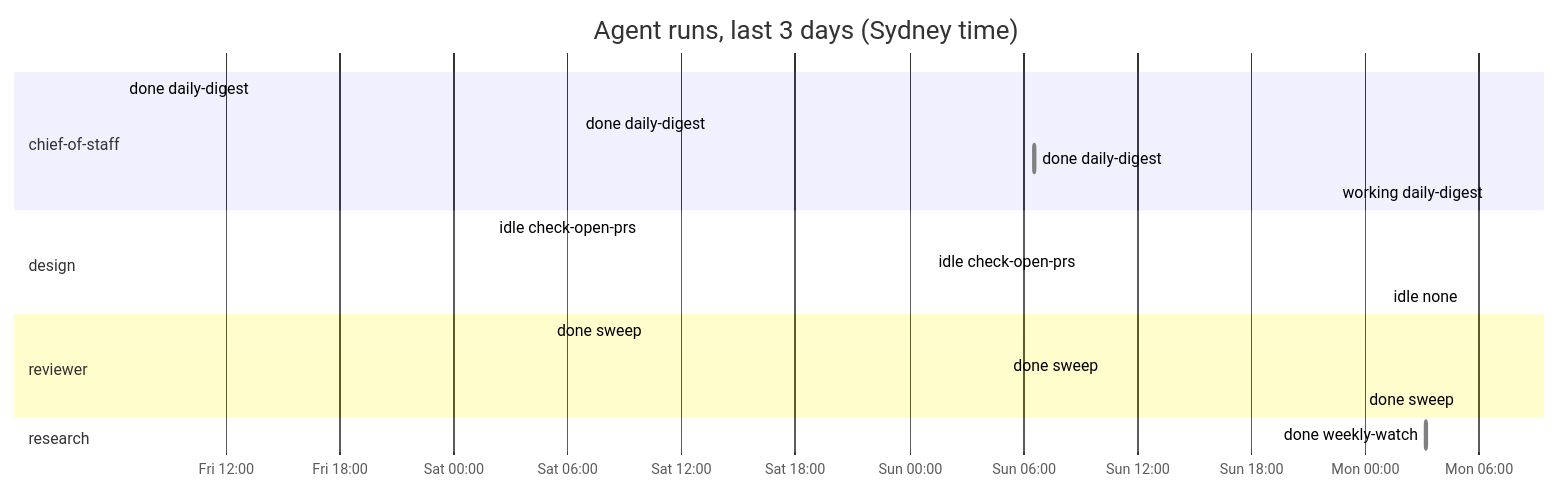
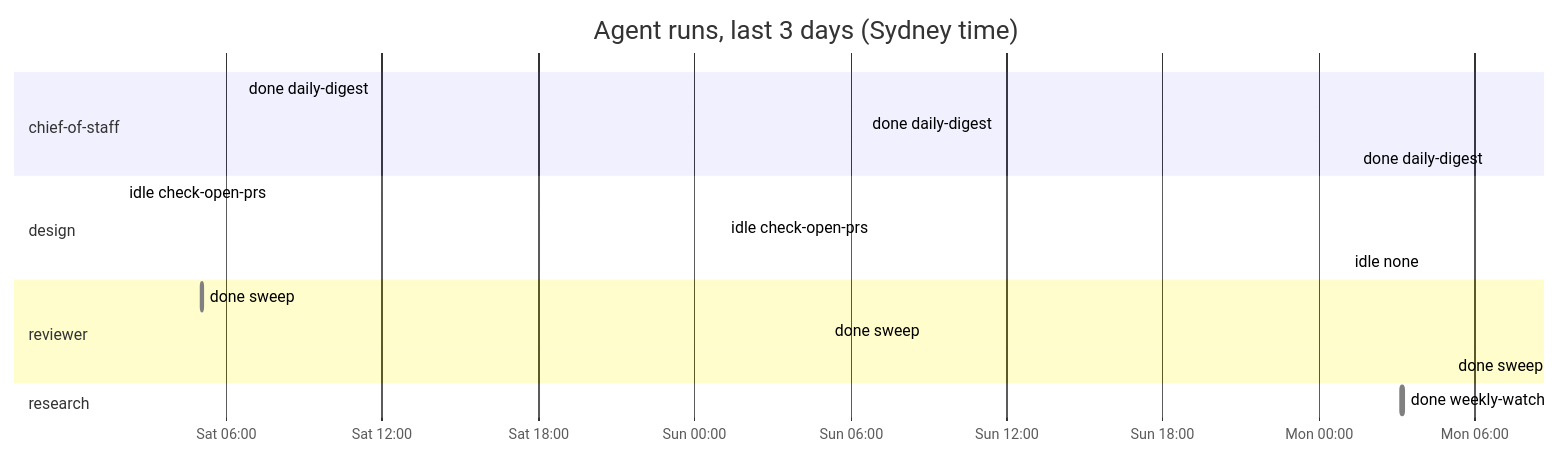
Before and after one commit to roulmediateam-byte/fifteen-expert-hq: the diagram in dashboard.md, drawn with Mermaid. The commit also changed other lines of this file and 1 other file, not shown here.

````diff
--- a/dashboard.md
+++ b/dashboard.md
@@ -42,21 +43,20 @@
 ```mermaid
 gantt
     title Agent runs, last 3 days (Sydney time)
     dateFormat YYYY-MM-DD HH:mm
     axisFormat %a %H:%M
     section chief-of-staff
-    done daily-digest :done, 2026-11-13 06:34, 2026-11-13 06:36
     done daily-digest :done, 2026-11-14 06:35, 2026-11-14 06:36
     done daily-digest :done, 2026-11-15 06:35, 2026-11-15 06:36
-    working daily-digest :active, 2026-11-16 06:35, 2026-11-16 06:35
+    done daily-digest :done, 2026-11-16 06:35, 2026-11-16 06:36
     section design
     idle check-open-prs :done, 2026-11-14 02:01, 2026-11-14 02:02
     idle check-open-prs :done, 2026-11-15 01:08, 2026-11-15 01:09
     idle none :done, 2026-11-16 01:08, 2026-11-16 01:08
     section reviewer
     done sweep :done, 2026-11-14 05:05, 2026-11-14 05:06
     done sweep :done, 2026-11-15 05:07, 2026-11-15 05:08
     done sweep :done, 2026-11-16 05:05, 2026-11-16 05:06
     section research
     done weekly-watch :done, 2026-11-16 03:10, 2026-11-16 03:17
 ```
````
